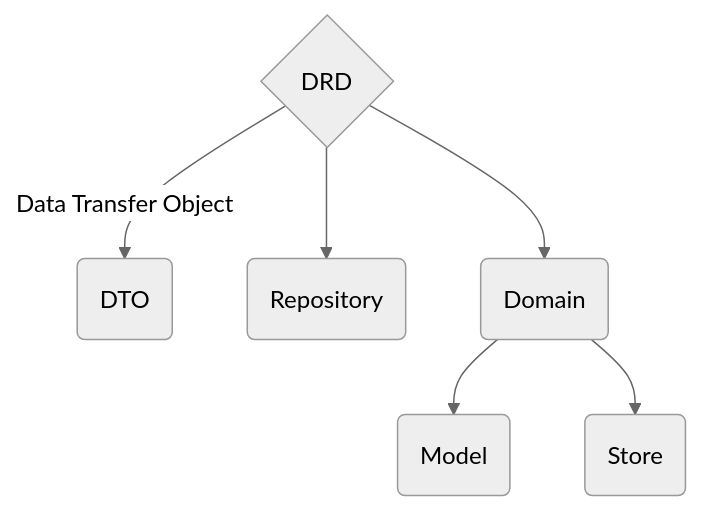
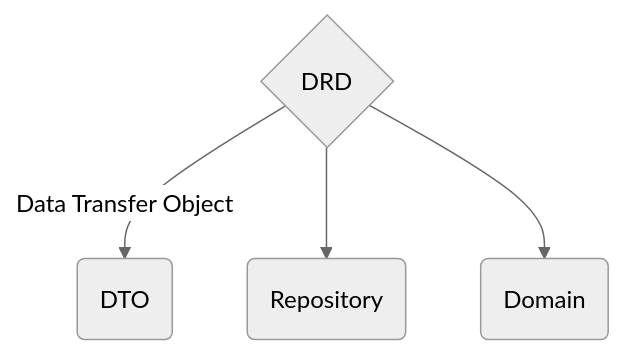
Before and after one commit to Walikuperek/quak-docs: the diagram in pages/index.mdx, drawn with Mermaid (neutral theme). The commit also changed other lines of this file and 115 other files, not shown here.

````diff
--- a/pages/index.mdx
+++ b/pages/index.mdx
@@ -82,10 +107,7 @@
 ```mermaid
 flowchart TD
     C{DRD}
     C -->|Data Transfer Object| D(DTO)
     C --> E(Repository)
     C --> F(Domain)
-
-    F --> G(Model)
-    F --> H(Store)
 ```
````
